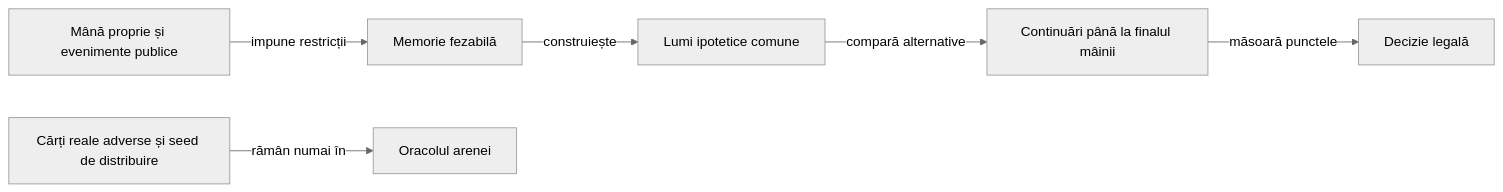
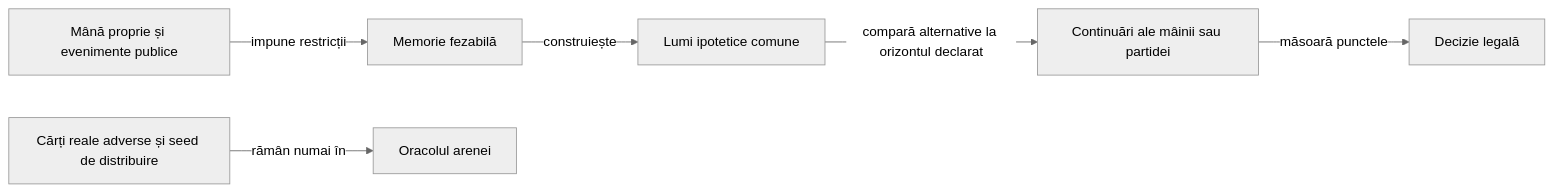
The first of 4 diagrams in docs/rentz/ATF_Learning.md (crististefanita/atf_j5), drawn with Mermaid (neutral theme) before and after one commit. The commit also changed other lines of this file and 179 other files, not shown here.

````diff
--- a/docs/rentz/ATF_Learning.md
+++ b/docs/rentz/ATF_Learning.md
@@ -17,8 +29,8 @@
 ```mermaid
 flowchart LR
     OBS[Mână proprie și evenimente publice] -->|impune restricții| KNOW[Memorie fezabilă]
     KNOW -->|construiește| WORLDS[Lumi ipotetice comune]
-    WORLDS -->|compară alternative| ROLL[Continuări până la finalul mâinii]
+    WORLDS -->|compară alternative la orizontul declarat| ROLL[Continuări ale mâinii sau partidei]
     ROLL -->|măsoară punctele| DECIDE[Decizie legală]
     SECRET[Cărți reale adverse și seed de distribuire] -->|rămân numai în| ORACLE[Oracolul arenei]
 ```
````
